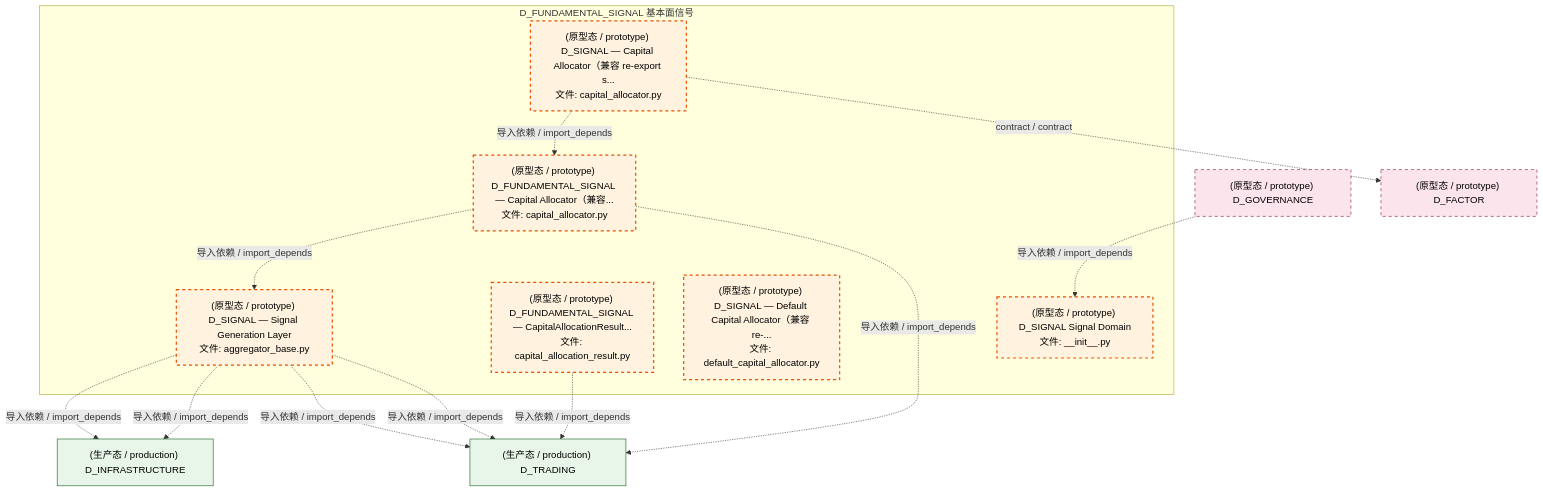
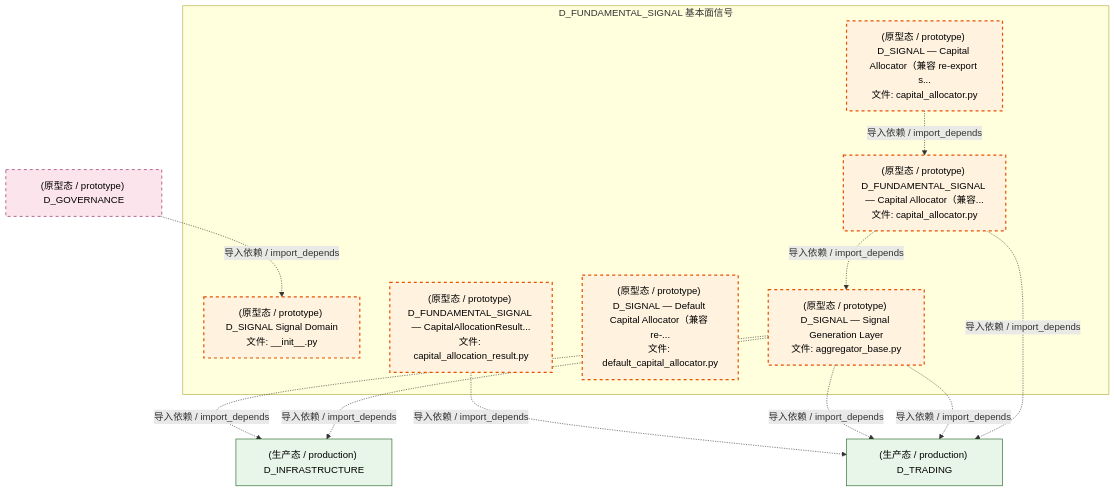
Before and after one commit to xuanFelixVan/ZephyrAlpha: the third of 4 diagrams in docs/02_enterprise_architecture/02_domain_architecture_docs/37_d_fundamental_signal.md, drawn with Mermaid. The commit also changed other lines of this file and 103 other files, not shown here.

````diff
--- a/docs/02_enterprise_architecture/02_domain_architecture_docs/37_d_fundamental_signal.md
+++ b/docs/02_enterprise_architecture/02_domain_architecture_docs/37_d_fundamental_signal.md
@@ -170,32 +171,30 @@
 ```mermaid
 graph TD
     subgraph D_FUNDAMENTAL_SIGNAL["D_FUNDAMENTAL_SIGNAL 基本面信号"]
         src_zephyr_signal_fundamental_init_py["(原型态 / prototype) D_SIGNAL Signal Domain<br/>文件: __init__.py"]
         src_zephyr_signal_fundamental_capital_capital_allocation_result_py["(原型态 / prototype) D_FUNDAMENTAL_SIGNAL — CapitalAllocationResult...<br/>文件: capital_allocation_result.py"]
         src_zephyr_signal_fundamental_capital_capital_allocator_py["(原型态 / prototype) D_SIGNAL — Capital Allocator（兼容 re-export s...<br/>文件: capital_allocator.py"]
         src_zephyr_signal_fundamental_capital_default_capital_allocator_py["(原型态 / prototype) D_SIGNAL — Default Capital Allocator（兼容 re-...<br/>文件: default_capital_allocator.py"]
         src_zephyr_signal_fundamental_gen_aggregator_base_py["(原型态 / prototype) D_SIGNAL — Signal Generation Layer<br/>文件: aggregator_base.py"]
         src_zephyr_signal_fundamental_strategy_capital_allocator_py["(原型态 / prototype) D_FUNDAMENTAL_SIGNAL — Capital Allocator（兼容...<br/>文件: capital_allocator.py"]
     end
     src_zephyr_signal_fundamental_capital_capital_allocator_py -.->|导入依赖 / import_depends| src_zephyr_signal_fundamental_strategy_capital_allocator_py
     src_zephyr_signal_fundamental_strategy_capital_allocator_py -.->|导入依赖 / import_depends| src_zephyr_signal_fundamental_gen_aggregator_base_py
-    D_FACTOR["(原型态 / prototype) D_FACTOR"]
-    src_zephyr_signal_fundamental_capital_capital_allocator_py -.->|contract / contract| D_FACTOR
     D_TRADING["(生产态 / production) D_TRADING"]
     src_zephyr_signal_fundamental_capital_capital_allocation_result_py -.->|导入依赖 / import_depends| D_TRADING
     D_INFRASTRUCTURE["(生产态 / production) D_INFRASTRUCTURE"]
     src_zephyr_signal_fundamental_gen_aggregator_base_py -.->|导入依赖 / import_depends| D_INFRASTRUCTURE
-    src_zephyr_signal_fundamental_gen_aggregator_base_py -.->|导入依赖 / import_depends| D_INFRASTRUCTURE
     src_zephyr_signal_fundamental_gen_aggregator_base_py -.->|导入依赖 / import_depends| D_TRADING
     src_zephyr_signal_fundamental_gen_aggregator_base_py -.->|导入依赖 / import_depends| D_TRADING
+    src_zephyr_signal_fundamental_gen_aggregator_base_py -.->|导入依赖 / import_depends| D_INFRASTRUCTURE
     src_zephyr_signal_fundamental_strategy_capital_allocator_py -.->|导入依赖 / import_depends| D_TRADING
     D_GOVERNANCE["(原型态 / prototype) D_GOVERNANCE"]
     D_GOVERNANCE -.->|导入依赖 / import_depends| src_zephyr_signal_fundamental_init_py
     classDef production fill:#e1f5fe,stroke:#01579b,stroke-width:2px,color:#000
     classDef design fill:#fff3e0,stroke:#e65100,stroke-width:2px,color:#000,stroke-dasharray: 5 5
     classDef external_prod fill:#e8f5e9,stroke:#1b5e20,stroke-width:1px,color:#000
     classDef external_design fill:#fce4ec,stroke:#880e4f,stroke-width:1px,color:#000,stroke-dasharray: 5 5
     class src_zephyr_signal_fundamental_init_py,src_zephyr_signal_fundamental_capital_capital_allocation_result_py,src_zephyr_signal_fundamental_capital_capital_allocator_py,src_zephyr_signal_fundamental_capital_default_capital_allocator_py,src_zephyr_signal_fundamental_gen_aggregator_base_py,src_zephyr_signal_fundamental_strategy_capital_allocator_py design
     class D_TRADING,D_INFRASTRUCTURE external_prod
-    class D_FACTOR,D_GOVERNANCE external_design
+    class D_GOVERNANCE external_design
 ```
````
